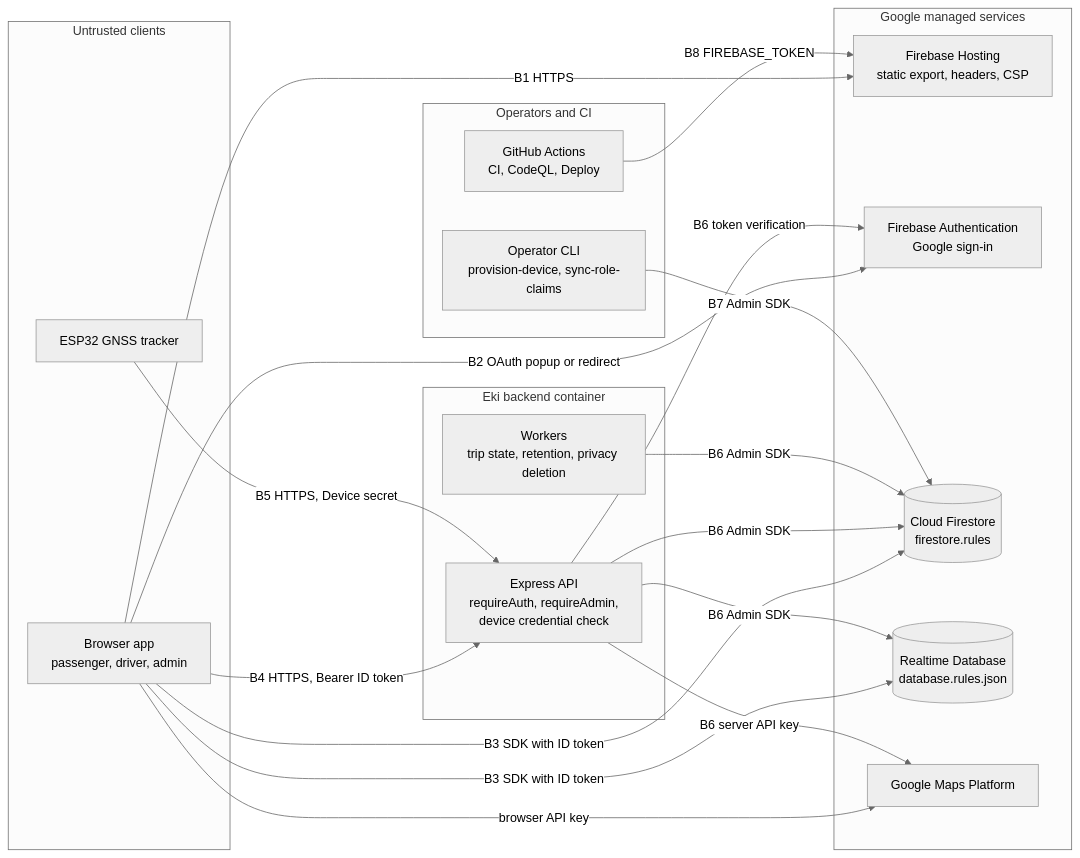
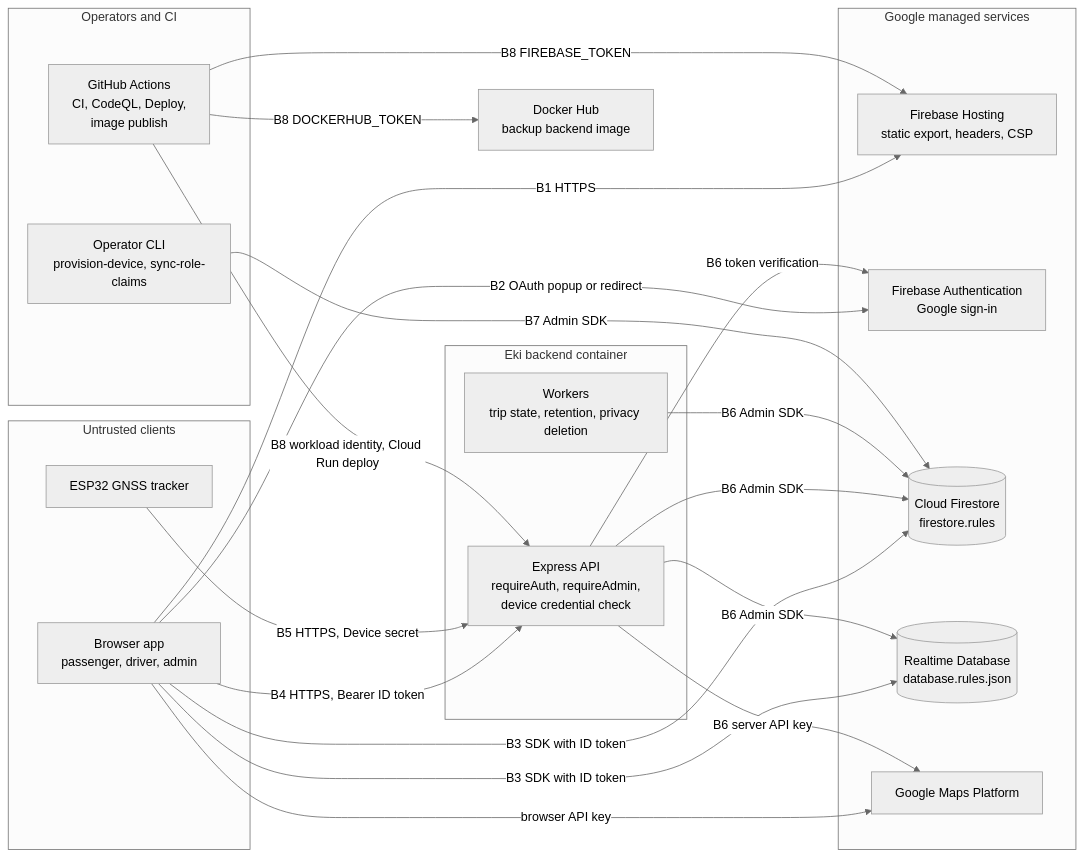
Before and after one commit to notnamansinha/Eki: the diagram in docs/security/SECURITY_ARCHITECTURE.md, drawn with Mermaid (neutral theme). The commit also changed other lines of this file and 112 other files, not shown here.

````diff
--- a/docs/security/SECURITY_ARCHITECTURE.md
+++ b/docs/security/SECURITY_ARCHITECTURE.md
@@ -36,36 +36,39 @@
 ```mermaid
 flowchart LR
   subgraph clients["Untrusted clients"]
     BR["Browser app<br/>passenger, driver, admin"]
     DEV["ESP32 GNSS tracker"]
   end
   subgraph google["Google managed services"]
     HOST["Firebase Hosting<br/>static export, headers, CSP"]
     AUTH["Firebase Authentication<br/>Google sign-in"]
     FS[("Cloud Firestore<br/>firestore.rules")]
     RT[("Realtime Database<br/>database.rules.json")]
     MAPS["Google Maps Platform"]
   end
   subgraph backend["Eki backend container"]
     API["Express API<br/>requireAuth, requireAdmin,<br/>device credential check"]
     WORK["Workers<br/>trip state, retention, privacy deletion"]
   end
   subgraph ops["Operators and CI"]
     CLI["Operator CLI<br/>provision-device, sync-role-claims"]
-    CI["GitHub Actions<br/>CI, CodeQL, Deploy"]
+    CI["GitHub Actions<br/>CI, CodeQL, Deploy,<br/>image publish"]
   end
+  HUB["Docker Hub<br/>backup backend image"]
   BR -->|"B1 HTTPS"| HOST
   BR -->|"B2 OAuth popup or redirect"| AUTH
   BR -->|"B3 SDK with ID token"| FS
   BR -->|"B3 SDK with ID token"| RT
   BR -->|"B4 HTTPS, Bearer ID token"| API
   BR -->|"browser API key"| MAPS
   DEV -->|"B5 HTTPS, Device secret"| API
   API -->|"B6 Admin SDK"| FS
   API -->|"B6 Admin SDK"| RT
   API -->|"B6 token verification"| AUTH
   API -->|"B6 server API key"| MAPS
   WORK -->|"B6 Admin SDK"| FS
   CLI -->|"B7 Admin SDK"| FS
   CI -->|"B8 FIREBASE_TOKEN"| HOST
+  CI -->|"B8 workload identity, Cloud Run deploy"| API
+  CI -->|"B8 DOCKERHUB_TOKEN"| HUB
 ```
````
